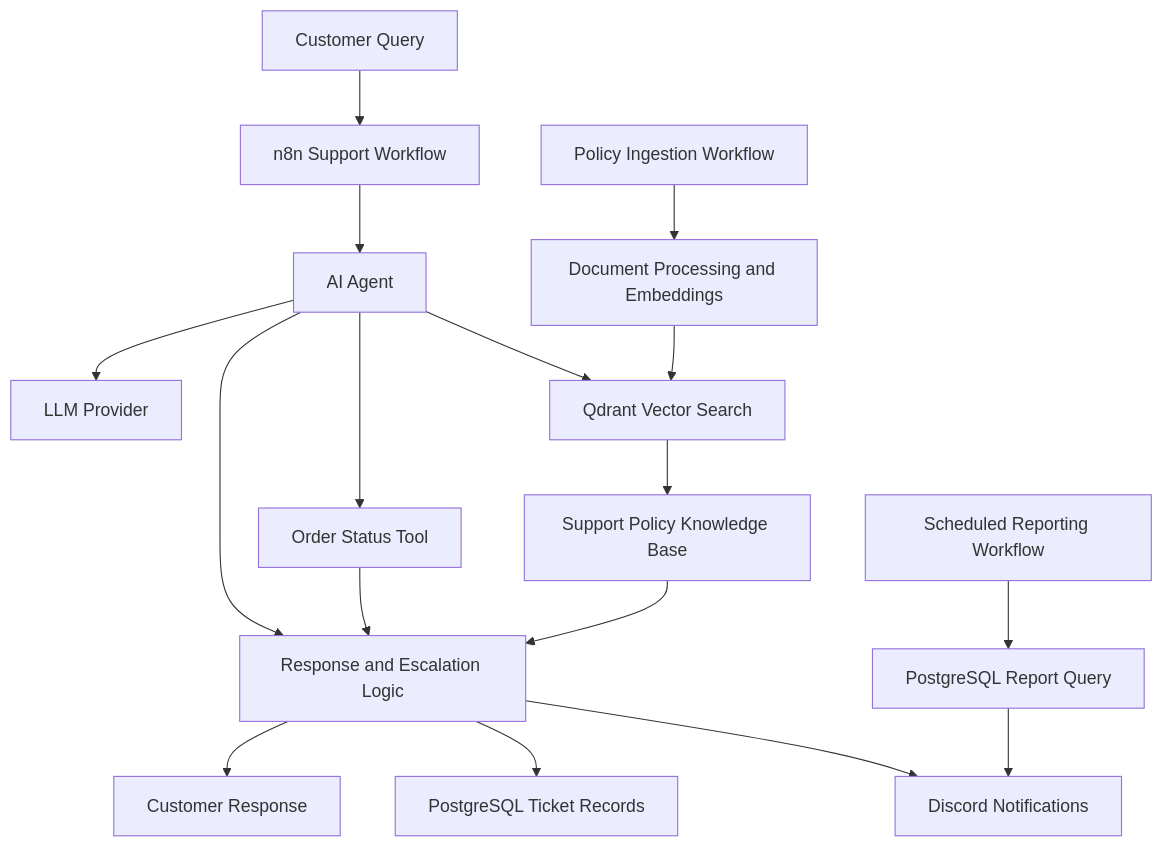
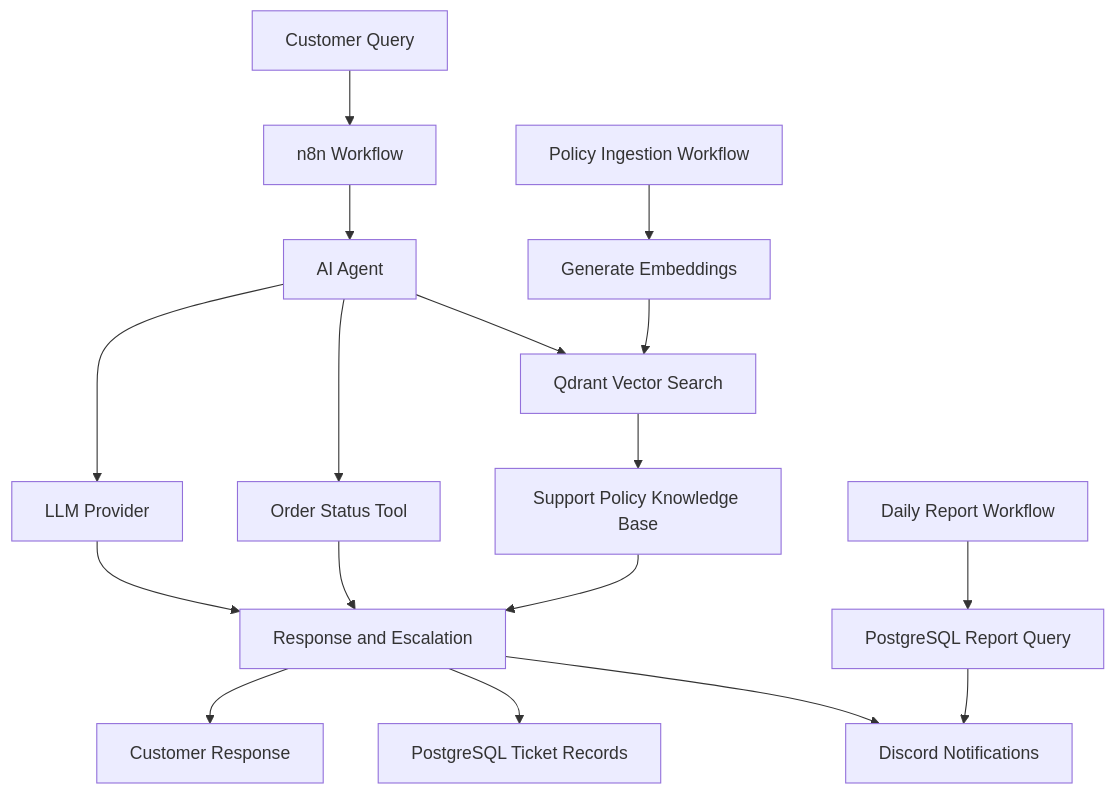
Before and after one commit to Abdul-Samad43/shopeasy-ai-support-system: the diagram in README.md, drawn with Mermaid.

````diff
--- a/README.md
+++ b/README.md
@@ -74,19 +74,21 @@
 ```mermaid
 flowchart TD
-    A[Customer Query] --> B[n8n Support Workflow]
-    B --> C[AI Agent]
-    C --> D[LLM Provider]
-    C --> E[Order Status Tool]
-    C --> F[Qdrant Vector Search]
-    F --> G[Support Policy Knowledge Base]
-    C --> H[Response and Escalation Logic]
+    A["Customer Query"] --> B["n8n Workflow"]
+    B --> C["AI Agent"]
+    C --> D["LLM Provider"]
+    C --> E["Order Status Tool"]
+    C --> F["Qdrant Vector Search"]
+    F --> G["Support Policy Knowledge Base"]
+    D --> H["Response and Escalation"]
     E --> H
     G --> H
-    H --> I[Customer Response]
-    H --> J[PostgreSQL Ticket Records]
-    H --> K[Discord Notifications]
-    L[Policy Ingestion Workflow] --> M[Document Processing and Embeddings]
+    H --> I["Customer Response"]
+    H --> J["PostgreSQL Ticket Records"]
+    H --> K["Discord Notifications"]
+
+    L["Policy Ingestion Workflow"] --> M["Generate Embeddings"]
     M --> F
-    N[Scheduled Reporting Workflow] --> O[PostgreSQL Report Query]
+
+    N["Daily Report Workflow"] --> O["PostgreSQL Report Query"]
     O --> K
 ```
````
